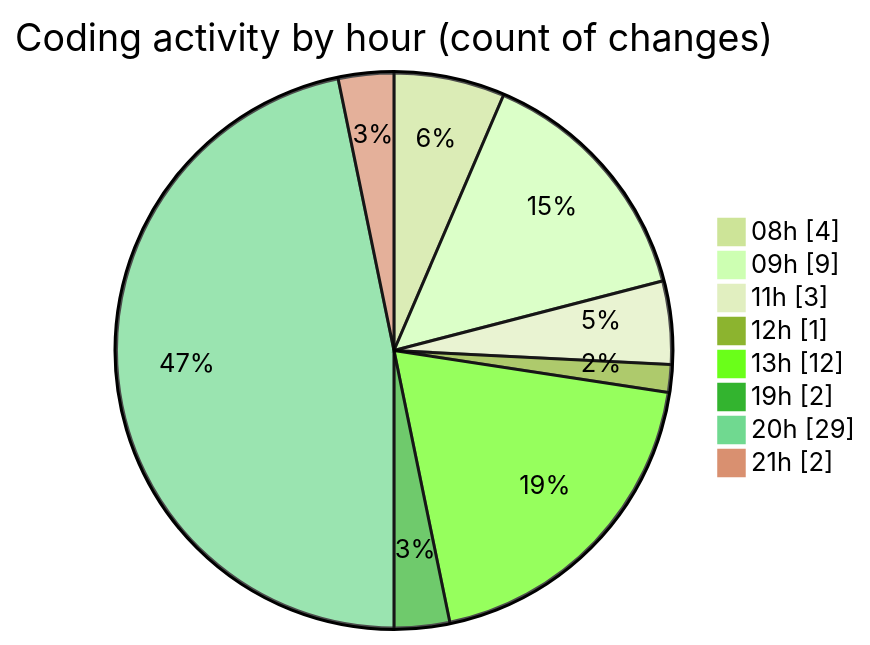
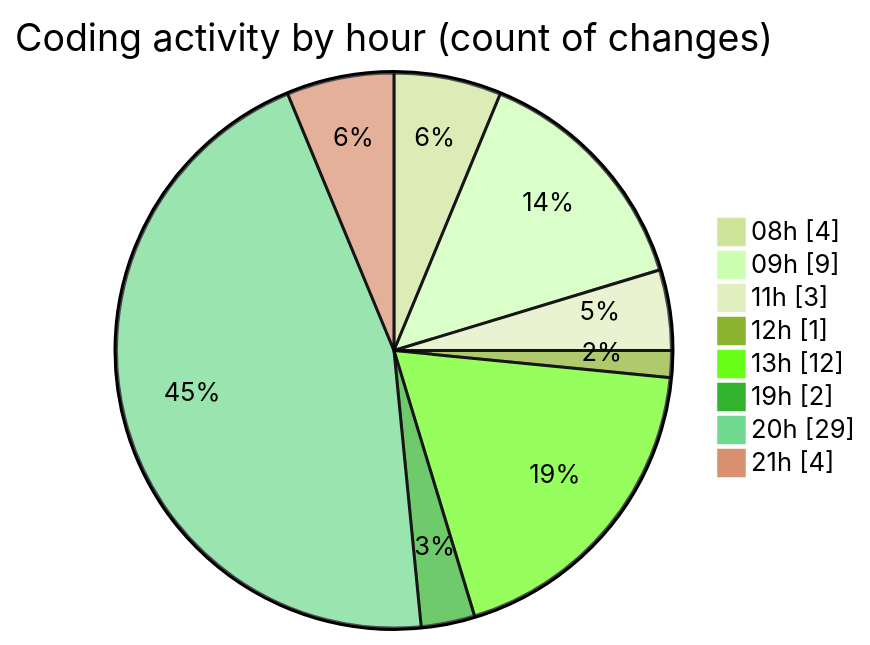
Before and after one commit to momahboobian/code-tracking: the second of 2 diagrams in 2025-05-07/samplepdf/README.md, drawn with Mermaid (forest theme). The commit also changed other lines of this file and 1 other file, not shown here.

````diff
--- a/2025-05-07/samplepdf/README.md
+++ b/2025-05-07/samplepdf/README.md
@@ -38,12 +38,12 @@
 ```mermaid
 pie showData
 title Coding activity by hour (count of changes)
 "08h" : 4
 "09h" : 9
 "11h" : 3
 "12h" : 1
 "13h" : 12
 "19h" : 2
 "20h" : 29
-"21h" : 2
+"21h" : 4
 ```
````
